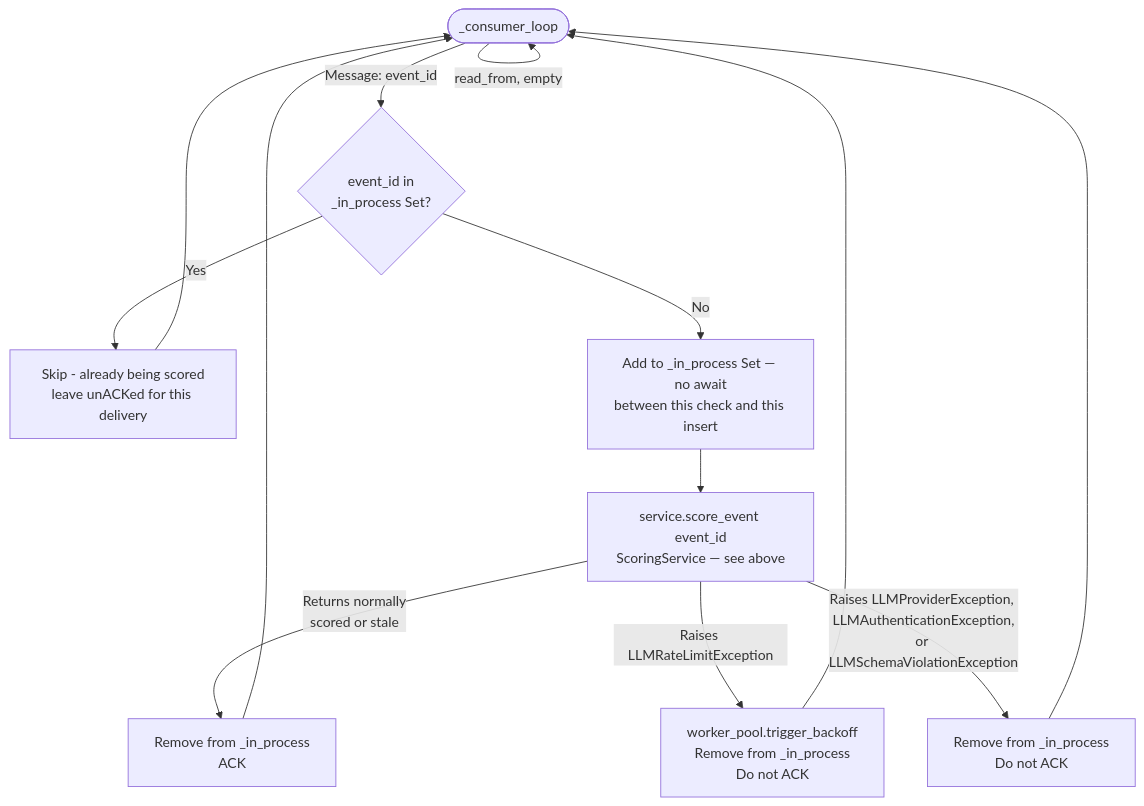
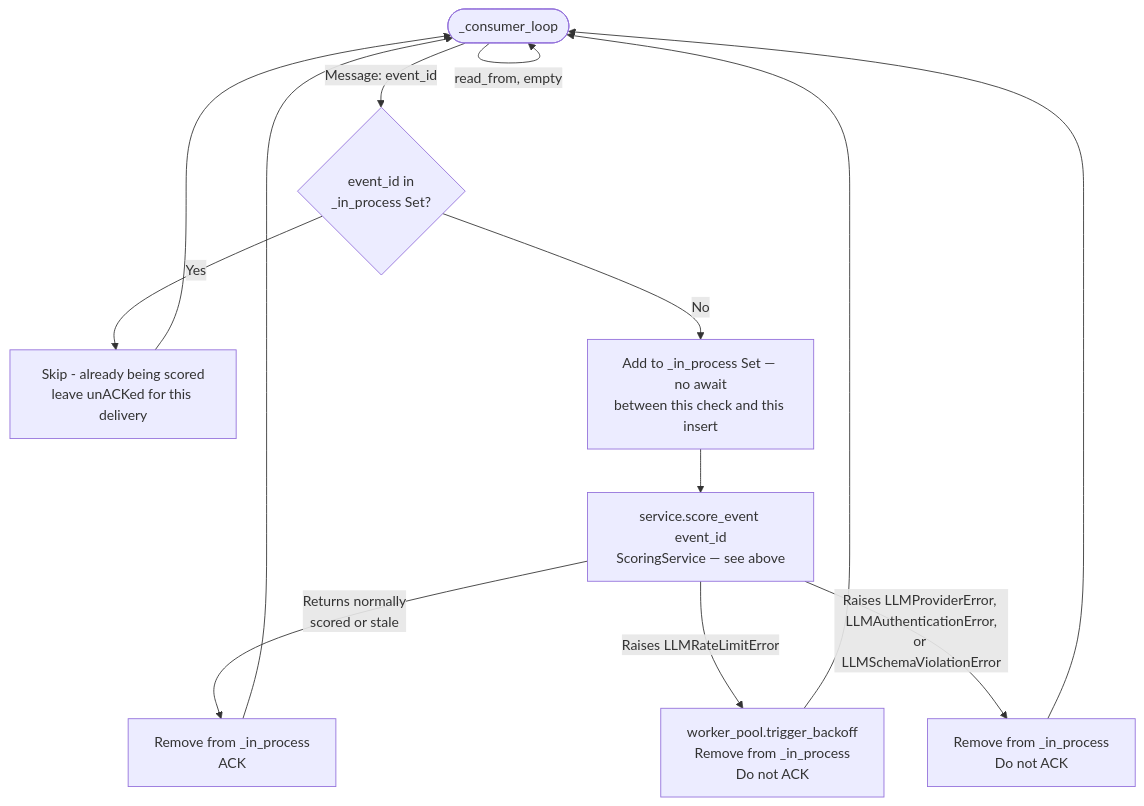
One commit to mars-xiaoyi/wealthfinder changed the third of 4 diagrams in stock-assistant-pipeline-intelligence/docs/implementation.md. Above: the diagram before and after it, drawn with Mermaid. The commit also changed other lines of this file and 39 other files, not shown here.

````diff
--- a/stock-assistant-pipeline-intelligence/docs/implementation.md
+++ b/stock-assistant-pipeline-intelligence/docs/implementation.md
@@ -4143,12 +4186,12 @@
 ```mermaid
 flowchart TD
     A([_consumer_loop]) -->|read_from, empty| A
     A -->|Message: event_id| GATE{event_id in\n_in_process Set?}
     GATE -->|Yes| SKIP[Skip - already being scored\nleave unACKed for this delivery]
     GATE -->|No| ADD[Add to _in_process Set — no await\nbetween this check and this insert]
     ADD --> B[service.score_event event_id\nScoringService — see above]
     B -->|Returns normally\nscored or stale| P[Remove from _in_process\nACK]
-    B -->|Raises LLMRateLimitException| H1[worker_pool.trigger_backoff\nRemove from _in_process\nDo not ACK]
-    B -->|Raises LLMProviderException, LLMAuthenticationException,\nor LLMSchemaViolationException| H2[Remove from _in_process\nDo not ACK]
+    B -->|Raises LLMRateLimitError| H1[worker_pool.trigger_backoff\nRemove from _in_process\nDo not ACK]
+    B -->|Raises LLMProviderError, LLMAuthenticationError,\nor LLMSchemaViolationError| H2[Remove from _in_process\nDo not ACK]
     SKIP & P & H1 & H2 --> A
 ```
````
